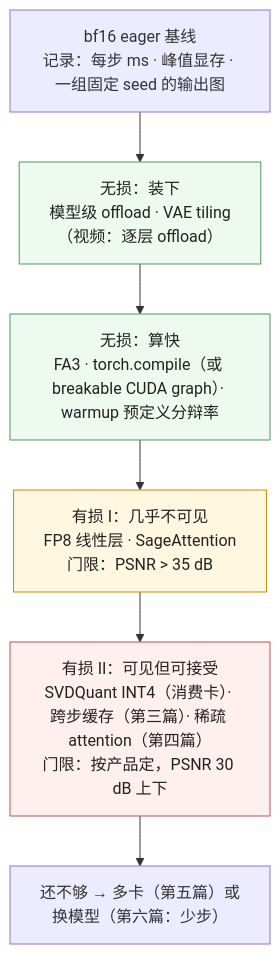
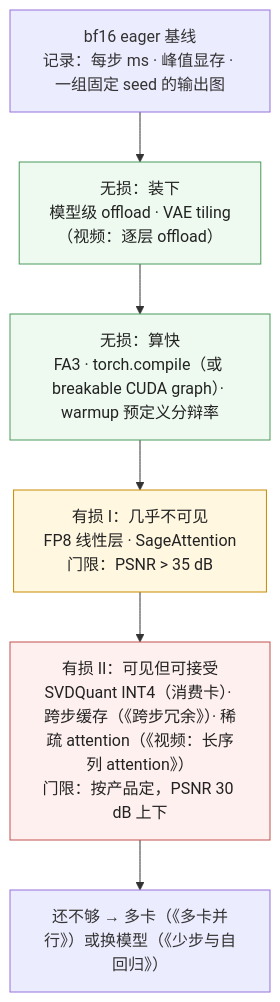
Before and after one commit to arganzheng/arganzheng.github.com: the fourth of 4 diagrams in _posts/2026-09-06-single-gpu-diffusion-execution-attention-compile-quantization-offload.md, drawn with Mermaid. The commit also changed other lines of this file, not shown here.

````diff
--- a/_posts/2026-09-06-single-gpu-diffusion-execution-attention-compile-quantization-offload.md
+++ b/_posts/2026-09-06-single-gpu-diffusion-execution-attention-compile-quantization-offload.md
@@ -358,24 +395,24 @@
 ```mermaid
 %% 图：单卡优化的顺序：bf16 基线 → 无损装下 → 无损算快 → 几乎不可见的有损 → 可见但可接受的有损 → 多卡或换模型
 flowchart TB
     S0["bf16 eager 基线
 记录：每步 ms · 峰值显存 · 一组固定 seed 的输出图"] --> S1["无损：装下
 模型级 offload · VAE tiling
 （视频：逐层 offload）"]
     S1 --> S2["无损：算快
 FA3 · torch.compile（或 breakable CUDA graph）· warmup 预定义分辩率"]
     S2 --> S3["有损 I：几乎不可见
 FP8 线性层 · SageAttention
 门限：PSNR > 35 dB"]
     S3 --> S4["有损 II：可见但可接受
-SVDQuant INT4（消费卡）· 跨步缓存（第三篇）· 稀疏 attention（第四篇）
+SVDQuant INT4（消费卡）· 跨步缓存（《跨步冗余》）· 稀疏 attention（《视频：长序列 attention》）
 门限：按产品定，PSNR 30 dB 上下"]
-    S4 --> S5["还不够 → 多卡（第五篇）或换模型（第六篇：少步）"]
+    S4 --> S5["还不够 → 多卡（《多卡并行》）或换模型（《少步与自回归》）"]
 
     classDef ok fill:#eefaf0,stroke:#4d9a5c,color:#222
     classDef warn fill:#fff7e0,stroke:#c98a00,color:#222
     classDef bad fill:#fff0f0,stroke:#c0504d,color:#222
     class S1,S2 ok
     class S3 warn
     class S4 bad
 ```
````
